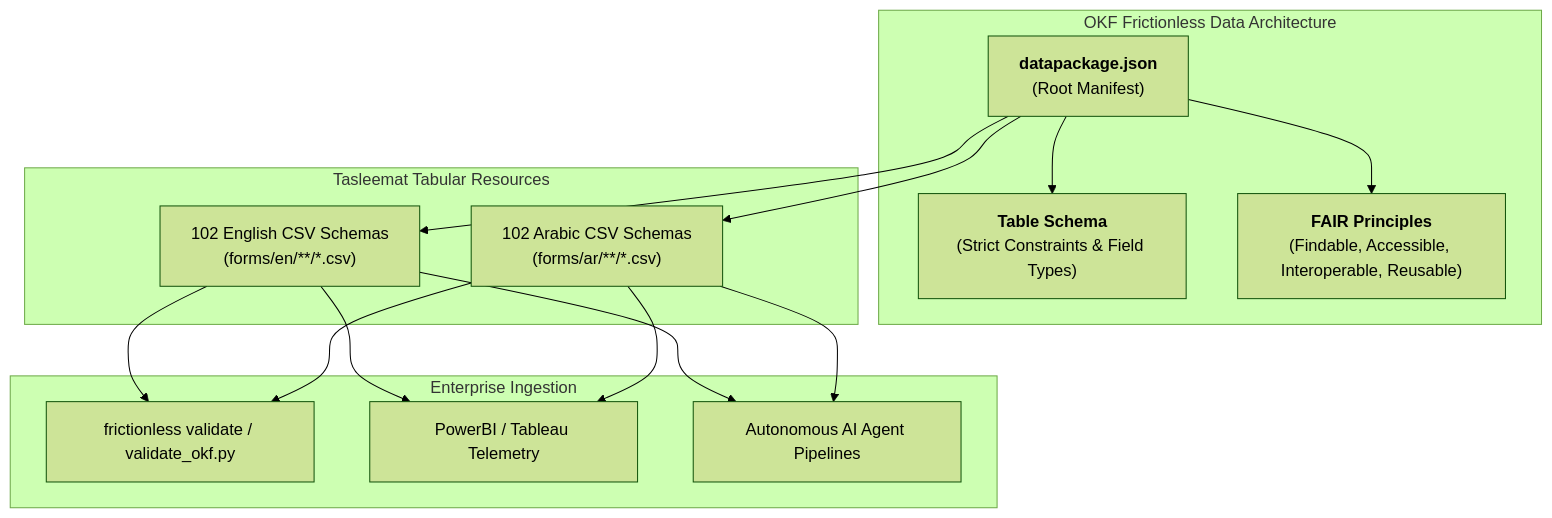
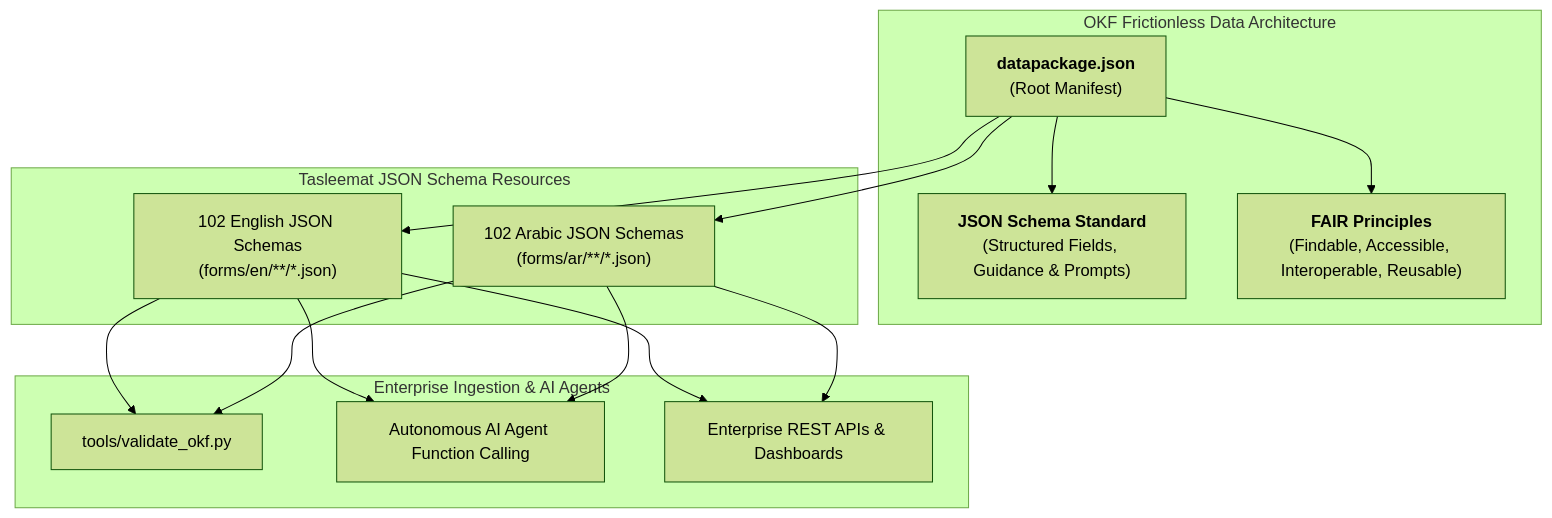
The diagram in docs/en/12_open_knowledge_framework.md (fakhruldeen/Tasleemat), drawn with Mermaid (forest theme) before and after one commit. The commit also changed other lines of this file and 4 other files, not shown here.

Commit message:
feat(okf): switch Frictionless Data Package to native JSON Schema catalog

````diff
--- a/docs/en/12_open_knowledge_framework.md
+++ b/docs/en/12_open_knowledge_framework.md
@@ -20,26 +20,26 @@
 ```mermaid
 flowchart TD
     subgraph "OKF Frictionless Data Architecture"
         DP["<b>datapackage.json</b><br/>(Root Manifest)"]
-        TS["<b>Table Schema</b><br/>(Strict Constraints & Field Types)"]
+        JS["<b>JSON Schema Standard</b><br/>(Structured Fields, Guidance & Prompts)"]
         FAIR["<b>FAIR Principles</b><br/>(Findable, Accessible, Interoperable, Reusable)"]
-        DP --> TS
+        DP --> JS
         DP --> FAIR
     end
 
-    subgraph "Tasleemat Tabular Resources"
-        EN_RES["102 English CSV Schemas<br/>(forms/en/**/*.csv)"]
-        AR_RES["102 Arabic CSV Schemas<br/>(forms/ar/**/*.csv)"]
+    subgraph "Tasleemat JSON Schema Resources"
+        EN_RES["102 English JSON Schemas<br/>(forms/en/**/*.json)"]
+        AR_RES["102 Arabic JSON Schemas<br/>(forms/ar/**/*.json)"]
         DP --> EN_RES
         DP --> AR_RES
     end
 
-    subgraph "Enterprise Ingestion"
-        V["frictionless validate / validate_okf.py"]
-        BI["PowerBI / Tableau Telemetry"]
-        LLM["Autonomous AI Agent Pipelines"]
+    subgraph "Enterprise Ingestion & AI Agents"
+        V["tools/validate_okf.py"]
+        LLM["Autonomous AI Agent Function Calling"]
+        API["Enterprise REST APIs & Dashboards"]
         EN_RES & AR_RES --> V
-        EN_RES & AR_RES --> BI
         EN_RES & AR_RES --> LLM
+        EN_RES & AR_RES --> API
     end
 ```
````
